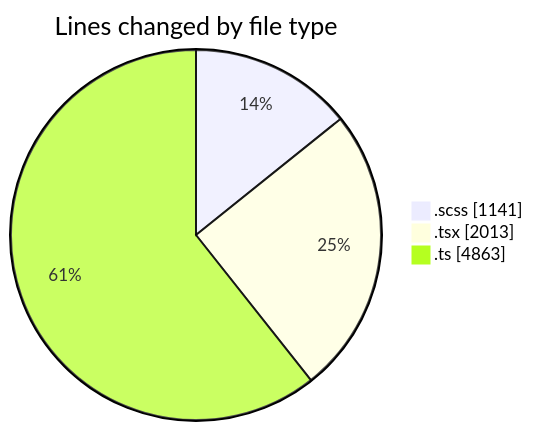
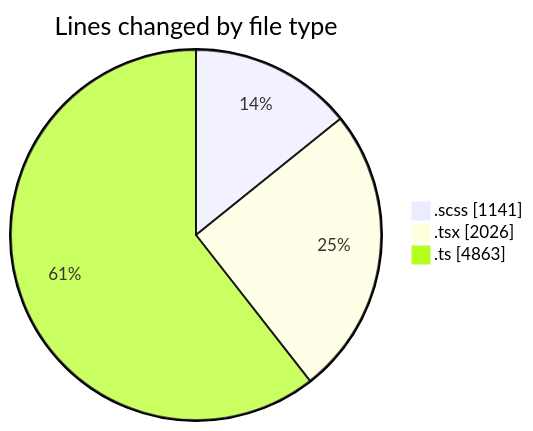
The first of 2 diagrams in 2025-03-28/cda/README.md (momahboobian/code-tracking), drawn with Mermaid before and after one commit. The commit also changed other lines of this file and 1 other file, not shown here.

````diff
--- a/2025-03-28/cda/README.md
+++ b/2025-03-28/cda/README.md
@@ -31,7 +31,7 @@
 ```mermaid
 pie showData
 title Lines changed by file type
 ".scss" : 1141
-".tsx" : 2013
+".tsx" : 2026
 ".ts" : 4863
 ```
````
